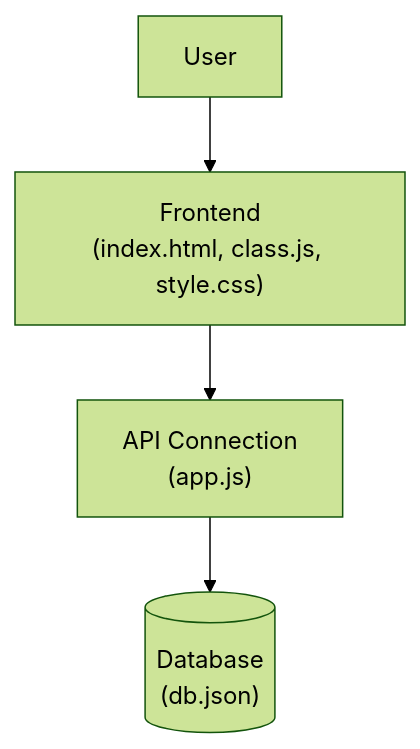
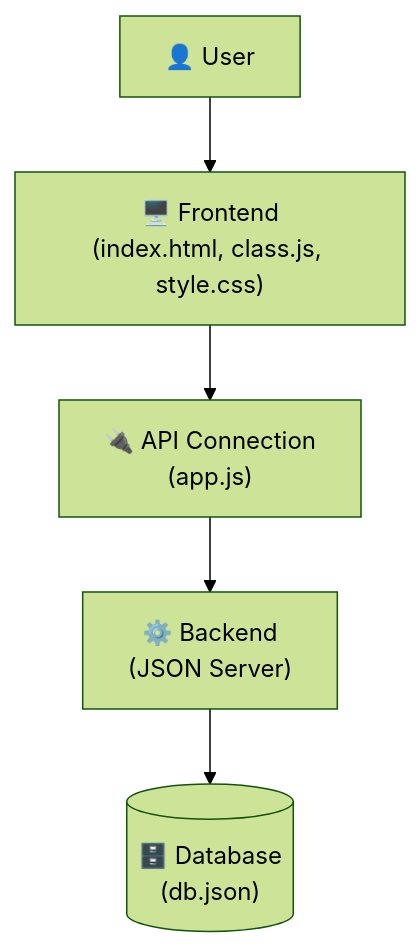
One commit to ForkedArch/Forkathon2026-Team-KUET_NextCoders changed the first of 2 diagrams in README.md. Above: the diagram before and after it, drawn with Mermaid (forest theme). The commit also changed other lines of this file, not shown here.

Commit message:
Enhance architecture diagram in README
Updated architecture diagram with new icons and added backend component.

````diff
--- a/README.md
+++ b/README.md
@@ -97,11 +96,13 @@
 ``` mermaid
 flowchart TD
-    User[User]
-    Frontend["Frontend<br/>(index.html, class.js, style.css)"]
-    APIConnection["API Connection<br/>(app.js)"]
-    Database[("Database<br/>(db.json)")]
+    User[👤 User]
+    Frontend["🖥️ Frontend<br/>(index.html, class.js, style.css)"]
+    APIConnection["🔌 API Connection<br/>(app.js)"]
+    Backend["⚙️ Backend<br/>(JSON Server)"]
+    Database[("🗄️ Database<br/>(db.json)")]
 
     User --> Frontend
     Frontend --> APIConnection
-    APIConnection --> Database
+    APIConnection --> Backend
+    Backend --> Database
 ```
````
